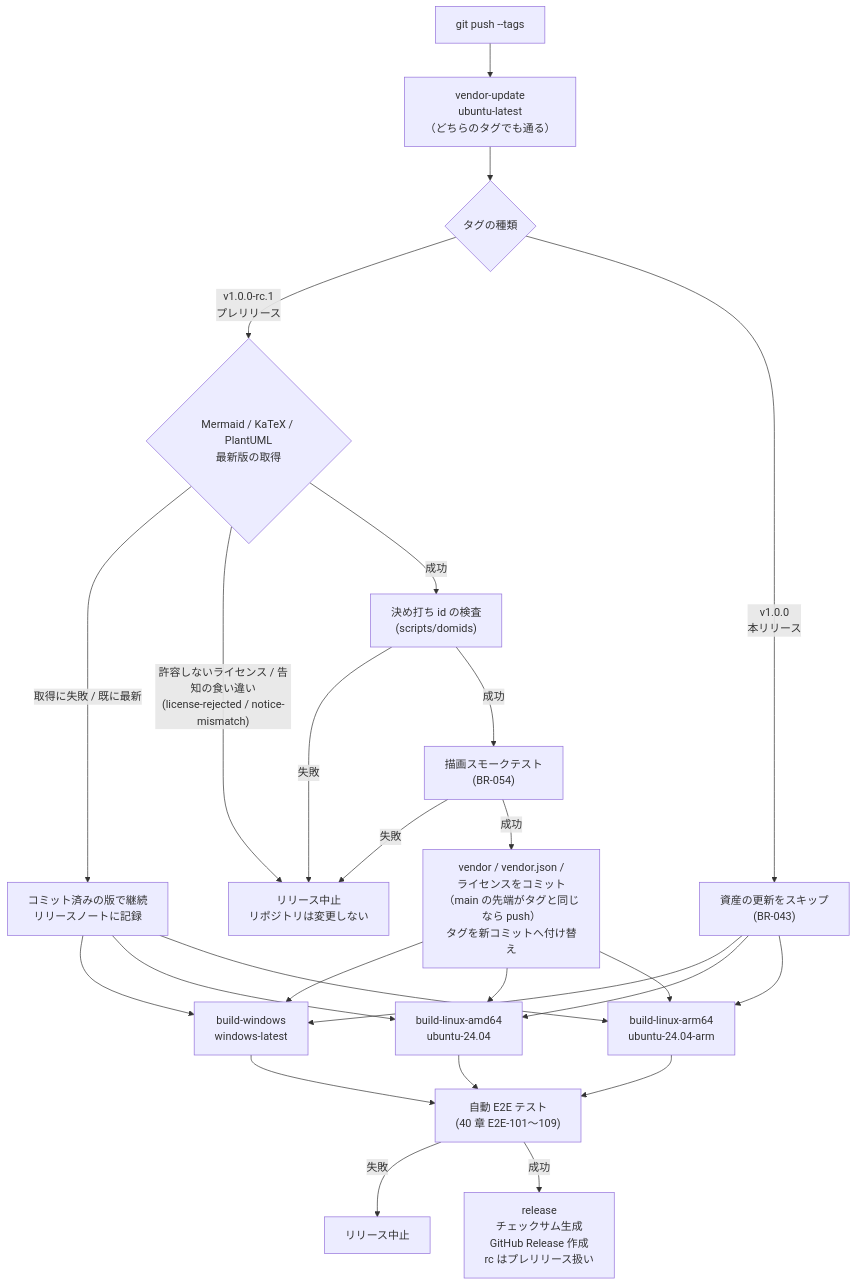
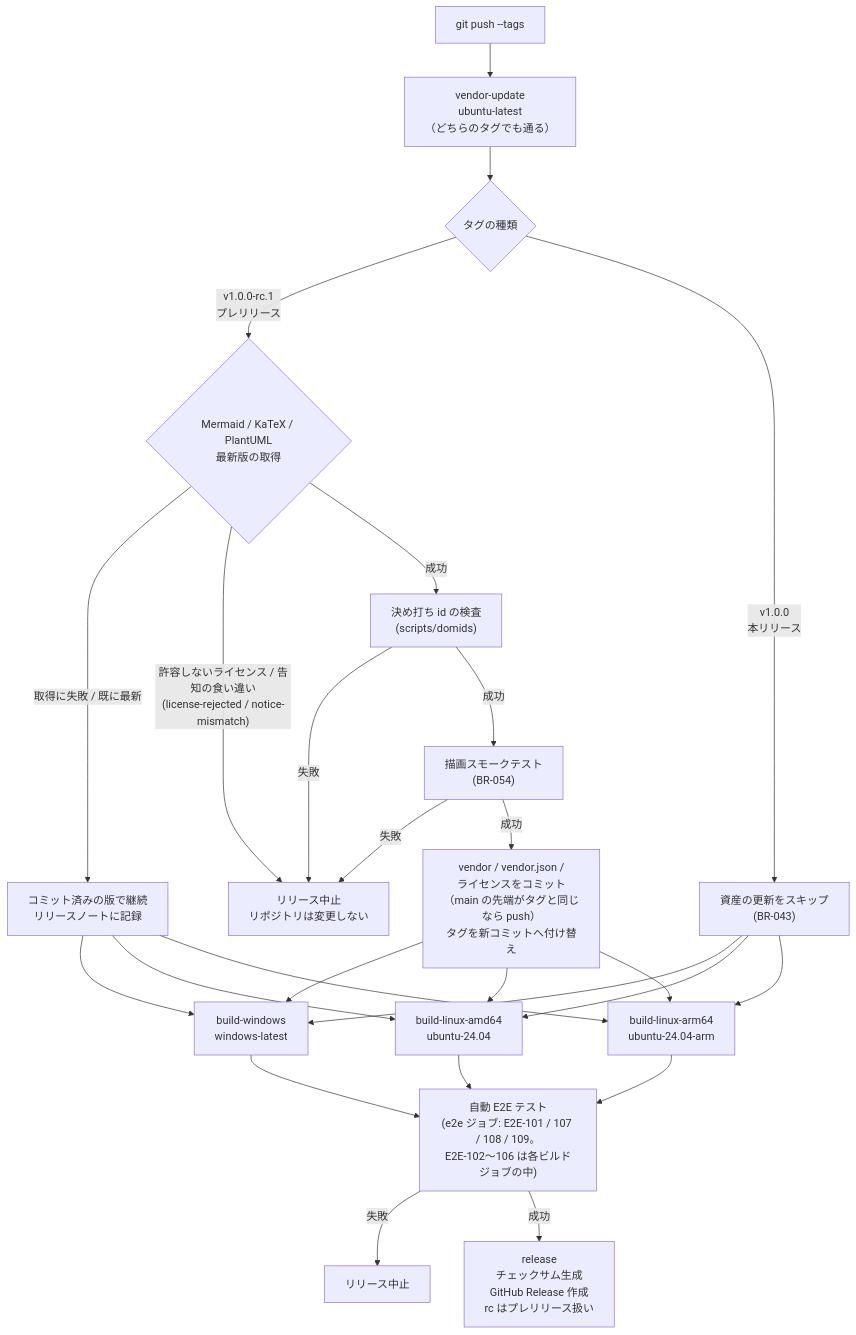
The diagram in docs/specs/06-build-release.md (kznagamori/go_MarkView), drawn with Mermaid before and after one commit. The commit also changed other lines of this file and 18 other files, not shown here.

````diff
--- a/docs/specs/06-build-release.md
+++ b/docs/specs/06-build-release.md
@@ -337,28 +337,28 @@
 ```mermaid
 flowchart TD
     T["git push --tags"] --> V["vendor-update<br/>ubuntu-latest<br/>（どちらのタグでも通る）"]
     V --> P{"タグの種類"}
     P -->|"v1.0.0-rc.1<br/>プレリリース"| F{"Mermaid / KaTeX / PlantUML<br/>最新版の取得"}
     P -->|"v1.0.0<br/>本リリース"| SKIP["資産の更新をスキップ<br/>(BR-043)"]
     F -->|"取得に失敗 / 既に最新"| K["コミット済みの版で継続<br/>リリースノートに記録"]
     F -->|"許容しないライセンス / 告知の食い違い<br/>(license-rejected / notice-mismatch)"| X["リリース中止<br/>リポジトリは変更しない"]
     F -->|成功| D["決め打ち id の検査<br/>(scripts/domids)"]
     D -->|失敗| X
     D -->|成功| S["描画スモークテスト<br/>(BR-054)"]
     S -->|失敗| X
     S -->|成功| C["vendor / vendor.json /<br/>ライセンスをコミット<br/>（main の先端がタグと同じなら push）<br/>タグを新コミットへ付け替え"]
     C --> B1["build-windows<br/>windows-latest"]
     C --> B2["build-linux-amd64<br/>ubuntu-24.04"]
     C --> B3["build-linux-arm64<br/>ubuntu-24.04-arm"]
     K --> B1
     SKIP --> B1
     SKIP --> B2
     SKIP --> B3
     K --> B2
     K --> B3
-    B1 --> A["自動 E2E テスト<br/>(40 章 E2E-101〜109)"]
+    B1 --> A["自動 E2E テスト<br/>(e2e ジョブ: E2E-101 / 107 / 108 / 109。<br/>E2E-102〜106 は各ビルドジョブの中)"]
     B2 --> A
     B3 --> A
     A -->|失敗| X2["リリース中止"]
     A -->|成功| R["release<br/>チェックサム生成<br/>GitHub Release 作成<br/>rc はプレリリース扱い"]
 ```
````
